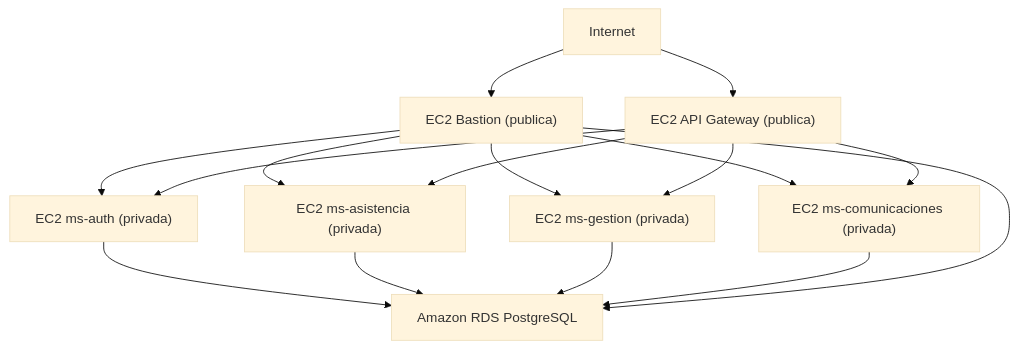
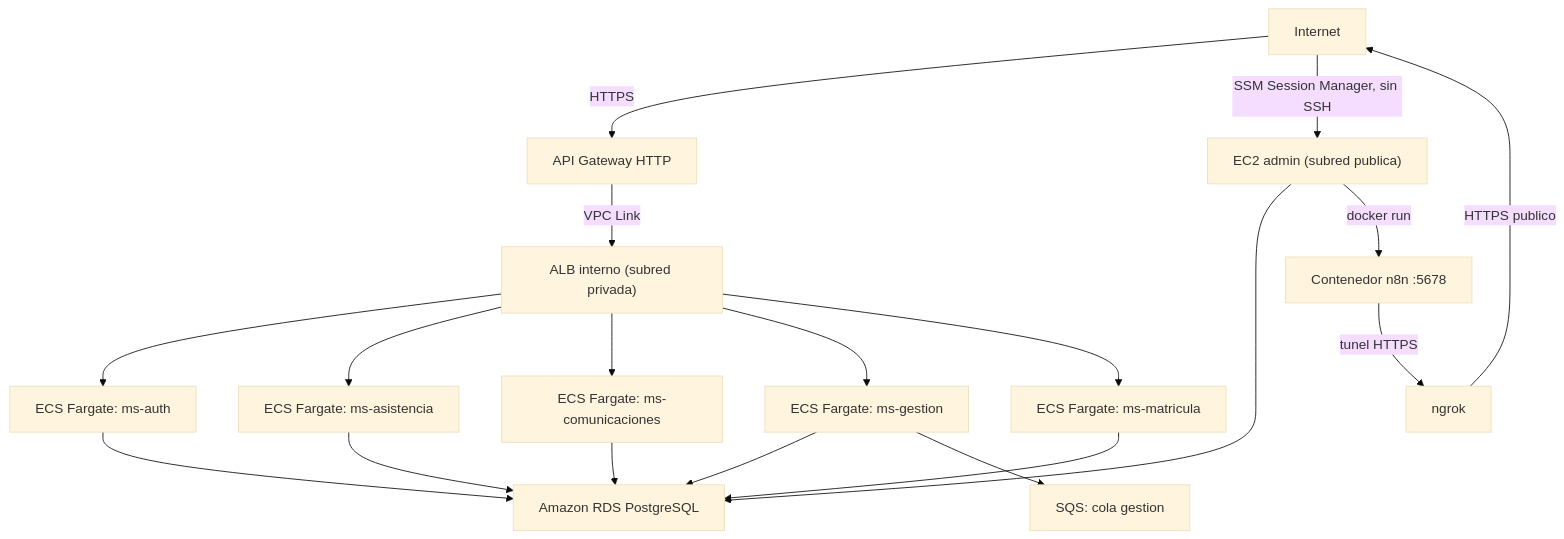
One commit to MartRomeros/libro_clases_despligue_fulstackIII changed the diagram in README.md. Above: the diagram before and after it, drawn with Mermaid (base theme). The commit also changed other lines of this file and 15 other files, not shown here.

````diff
--- a/README.md
+++ b/README.md
@@ -17,18 +19,23 @@
 ```mermaid
 flowchart TD
-  Internet --> Bastion["EC2 Bastion (publica)"]
-  Internet --> ApiGw["EC2 API Gateway (publica)"]
-  Bastion --> MsAuth["EC2 ms-auth (privada)"]
-  Bastion --> MsAsis["EC2 ms-asistencia (privada)"]
-  Bastion --> MsGestion["EC2 ms-gestion (privada)"]
-  Bastion --> MsCom["EC2 ms-comunicaciones (privada)"]
-  ApiGw --> MsAuth
-  ApiGw --> MsAsis
-  ApiGw --> MsGestion
-  ApiGw --> MsCom
+  Internet -->|HTTPS| ApiGw["API Gateway HTTP"]
+  ApiGw -->|VPC Link| ALB["ALB interno (subred privada)"]
+  ALB --> MsAuth["ECS Fargate: ms-auth"]
+  ALB --> MsAsis["ECS Fargate: ms-asistencia"]
+  ALB --> MsCom["ECS Fargate: ms-comunicaciones"]
+  ALB --> MsGestion["ECS Fargate: ms-gestion"]
+  ALB --> MsMatricula["ECS Fargate: ms-matricula"]
+
   MsAuth --> RDS["Amazon RDS PostgreSQL"]
   MsAsis --> RDS
+  MsCom --> RDS
   MsGestion --> RDS
-  MsCom --> RDS
-  Bastion --> RDS
+  MsMatricula --> RDS
+  MsGestion --> SQS["SQS: cola gestion"]
+
+  Internet -->|SSM Session Manager, sin SSH| EC2Admin["EC2 admin (subred publica)"]
+  EC2Admin --> RDS
+  EC2Admin -->|docker run| N8N["Contenedor n8n :5678"]
+  N8N -->|tunel HTTPS| Ngrok["ngrok"]
+  Ngrok -->|HTTPS publico| Internet
 ```
````
